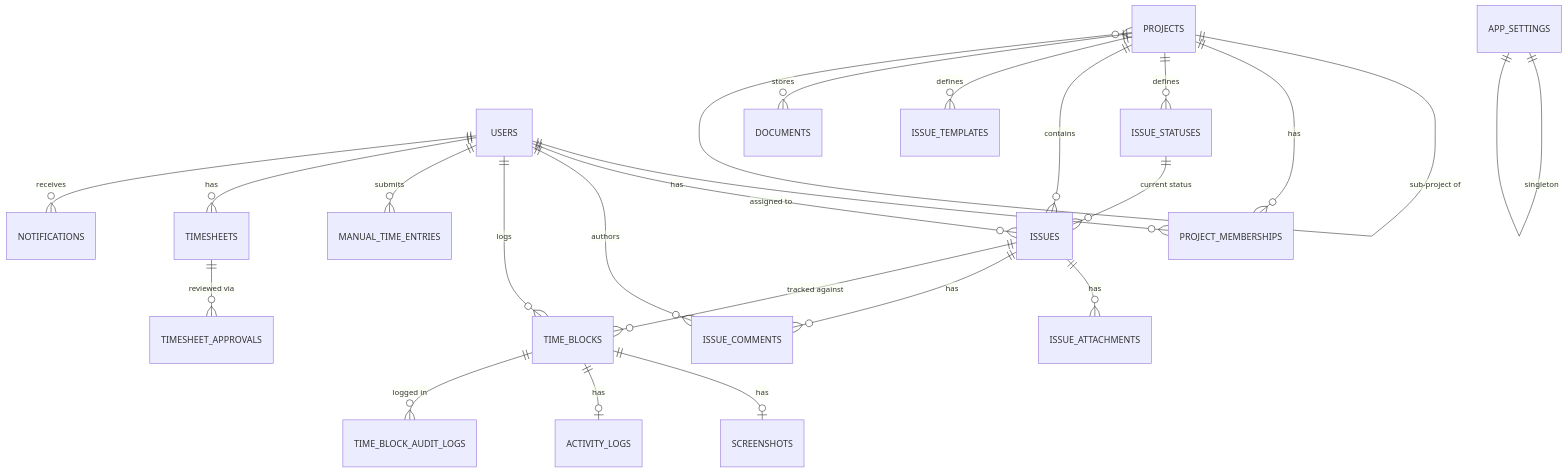
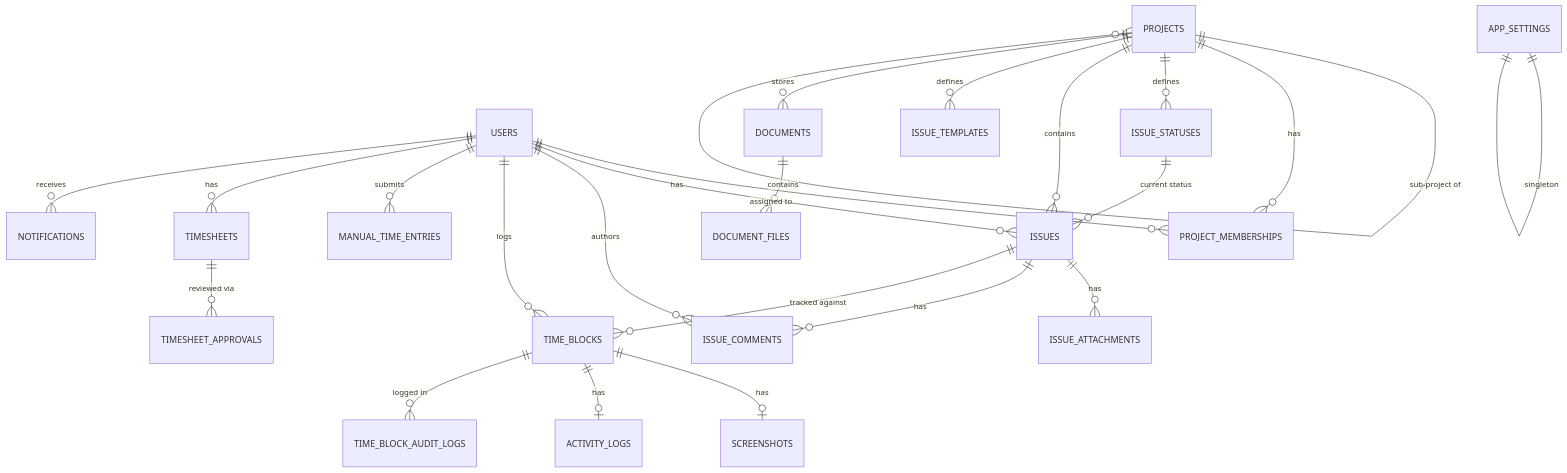
Before and after one commit to itshazlan/trackflow: the third of 20 diagrams in SDD_Lean_Internal.md, drawn with Mermaid. The commit also changed other lines of this file and 3 other files, not shown here.

````diff
--- a/SDD_Lean_Internal.md
+++ b/SDD_Lean_Internal.md
@@ -226,25 +226,26 @@
 ```mermaid
 erDiagram
     APP_SETTINGS ||--|| APP_SETTINGS : "singleton"
     USERS ||--o{ PROJECT_MEMBERSHIPS : has
     PROJECTS ||--o{ PROJECTS : "sub-project of"
     PROJECTS ||--o{ PROJECT_MEMBERSHIPS : has
     PROJECTS ||--o{ ISSUE_STATUSES : defines
     PROJECTS ||--o{ ISSUES : contains
     PROJECTS ||--o{ ISSUE_TEMPLATES : defines
     PROJECTS ||--o{ DOCUMENTS : stores
+    DOCUMENTS ||--o{ DOCUMENT_FILES : contains
     ISSUE_STATUSES ||--o{ ISSUES : "current status"
     USERS ||--o{ ISSUES : "assigned to"
     ISSUES ||--o{ ISSUE_ATTACHMENTS : has
     ISSUES ||--o{ ISSUE_COMMENTS : has
     USERS ||--o{ ISSUE_COMMENTS : authors
     USERS ||--o{ TIME_BLOCKS : logs
     ISSUES ||--o{ TIME_BLOCKS : "tracked against"
     TIME_BLOCKS ||--o| SCREENSHOTS : has
     TIME_BLOCKS ||--o| ACTIVITY_LOGS : has
     TIME_BLOCKS ||--o{ TIME_BLOCK_AUDIT_LOGS : "logged in"
     USERS ||--o{ MANUAL_TIME_ENTRIES : submits
     USERS ||--o{ TIMESHEETS : has
     TIMESHEETS ||--o{ TIMESHEET_APPROVALS : "reviewed via"
     USERS ||--o{ NOTIFICATIONS : receives
 ```
````
